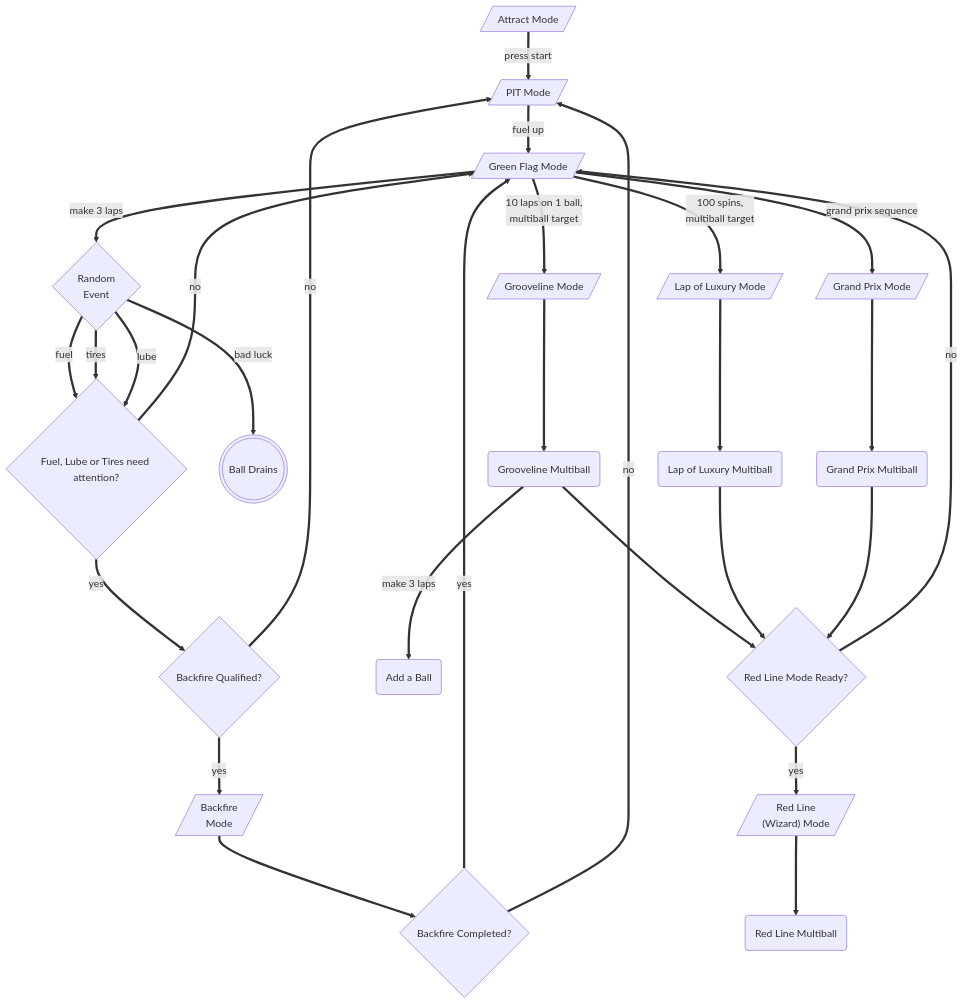
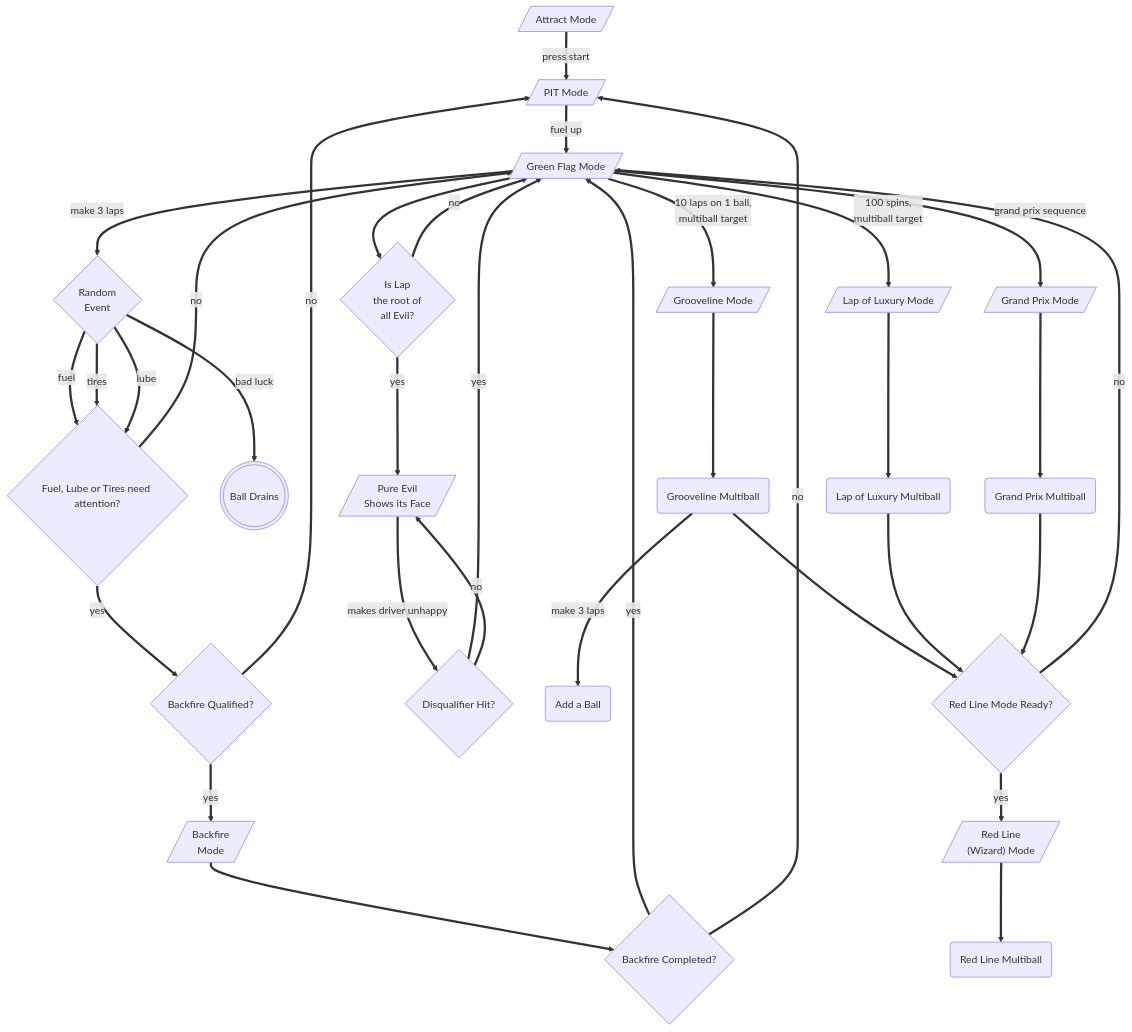
The diagram in README.md (deathsave/grand-prix), drawn with Mermaid before and after one commit.

Commit message:
feat: add pure evil to readme flow

````diff
--- a/README.md
+++ b/README.md
@@ -25,32 +25,38 @@
 ```mermaid
 graph TD
   ATTRACT[/"Attract Mode"/] == press start ==> PIT[/"PIT Mode"/]
   PIT == fuel up ==> GREEN_FLAG[/"Green Flag Mode"/]
   GREEN_FLAG == make 3 laps ==> RANDOM1{"Random<br>Event"}
+  GREEN_FLAG ==> IS_LAP_EVIL{"Is Lap<br>the root of<br>all Evil?"}
   GREEN_FLAG == 10 laps on 1 ball,<br>multiball target ==> GL_MODE[/"Grooveline Mode"/]
   GREEN_FLAG == 100 spins,<br>multiball target ==> LUX_MODE[/"Lap of Luxury Mode"/]
   GREEN_FLAG == grand prix sequence ==> GP_MODE[/"Grand Prix Mode"/]
   RANDOM1 == fuel ==>
     IS_NEED_PIT{"Fuel, Lube or Tires need attention?"}
   RANDOM1 == tires ==> IS_NEED_PIT
   RANDOM1 == lube ==> IS_NEED_PIT
   RANDOM1 == bad luck ==> BALL_DRAINS((("Ball Drains")))
   IS_NEED_PIT == yes ==> IS_BACKFIRE_QUALIFIED{"Backfire Qualified?"}
   IS_BACKFIRE_QUALIFIED == yes ==> BACKFIRE_MODE[/"Backfire<br>Mode"/]
   IS_BACKFIRE_QUALIFIED == no ==> PIT
+  IS_LAP_EVIL == yes ==> PURE_EVIL[/"Pure Evil<br>Shows its Face"/]
+  IS_LAP_EVIL == no ==> GREEN_FLAG
+  PURE_EVIL == makes driver unhappy ==> IS_DISQUALIFIER_HIT{"Disqualifier Hit?"}
+  IS_DISQUALIFIER_HIT{"Disqualifier Hit?"} == yes ==> GREEN_FLAG
+  IS_DISQUALIFIER_HIT{"Disqualifier Hit?"} == no ==> PURE_EVIL
   BACKFIRE_MODE ==> IS_BACKFIRE_COMPLETED{"Backfire Completed?"}
   IS_BACKFIRE_COMPLETED == yes ==> GREEN_FLAG
   IS_BACKFIRE_COMPLETED == no ==> PIT
   IS_NEED_PIT == no ==> GREEN_FLAG
   GL_MODE ==> GL_MULTI("Grooveline Multiball")
   LUX_MODE ==> LUX_MULTI("Lap of Luxury Multiball")
   GP_MODE ==> GP_MULTI("Grand Prix Multiball")
   GL_MULTI == make 3 laps ==> GL_MULTI_ADD_BALL("Add a Ball")
   GL_MULTI ==>
       IS_RF_MODE_READY{"Red Line Mode Ready?"}
   LUX_MULTI ==> IS_RF_MODE_READY
   GP_MULTI ==> IS_RF_MODE_READY
   IS_RF_MODE_READY == yes ==> RF_MODE[/"Red Line<br>(Wizard) Mode"/]
   IS_RF_MODE_READY == no ==> GREEN_FLAG
   RF_MODE ==> RF_MULTI("Red Line Multiball")
 ```
````
